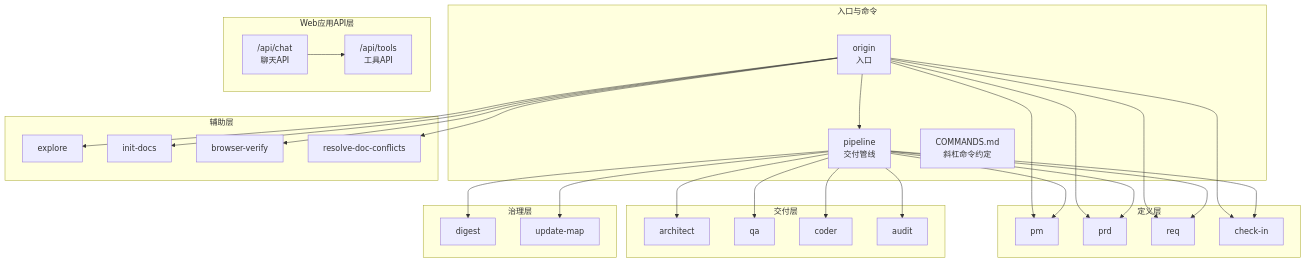
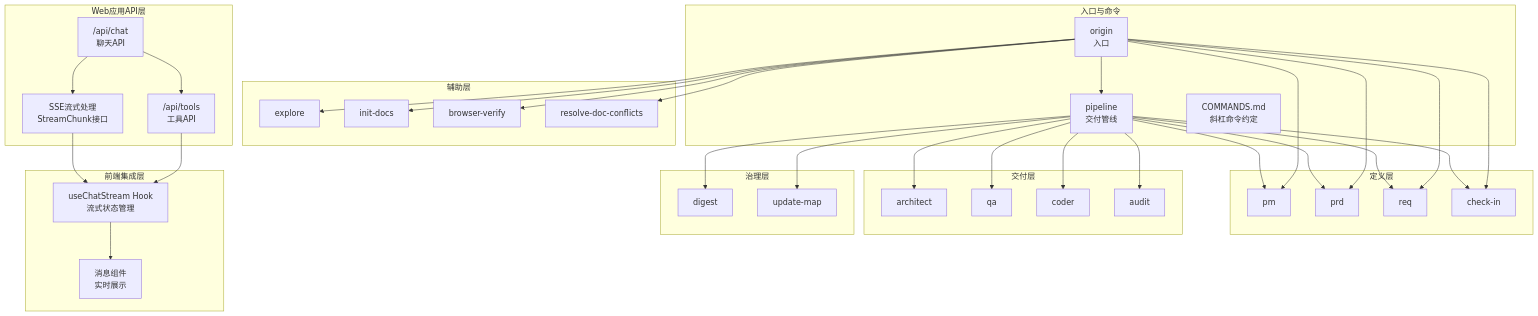
The first of 3 diagrams in .qoder/repowiki/zh/content/API参考文档.md (CryptoLinxu/Web3-AI-Agent), drawn with Mermaid before and after one commit. The commit also changed other lines of this file and 5 other files, not shown here.

````diff
--- a/.qoder/repowiki/zh/content/API参考文档.md
+++ b/.qoder/repowiki/zh/content/API参考文档.md
@@ -60,54 +66,63 @@
 ```mermaid
 graph TB
 subgraph "入口与命令"
 ORG["origin<br/>入口"]
 PIPE["pipeline<br/>交付管线"]
 CMDS["COMMANDS.md<br/>斜杠命令约定"]
 end
 subgraph "定义层"
 PM["pm"]
 PRD["prd"]
 REQ["req"]
 CI["check-in"]
 end
 subgraph "交付层"
 ARCH["architect"]
 QA["qa"]
 CODER["coder"]
 AUDIT["audit"]
 end
 subgraph "治理层"
 DIGEST["digest"]
 UMAP["update-map"]
 end
 subgraph "辅助层"
 EXP["explore"]
 INIT["init-docs"]
 BVER["browser-verify"]
 RES["resolve-doc-conflicts"]
 end
 subgraph "Web应用API层"
 CHAT["/api/chat<br/>聊天API"]
 TOOLS["/api/tools<br/>工具API"]
+STREAM["SSE流式处理<br/>StreamChunk接口"]
+end
+subgraph "前端集成层"
+HOOK["useChatStream Hook<br/>流式状态管理"]
+COMP["消息组件<br/>实时展示"]
 end
 ORG --> PIPE
 ORG --> PM
 ORG --> PRD
 ORG --> REQ
 ORG --> CI
 ORG --> EXP
 ORG --> INIT
 ORG --> BVER
 ORG --> RES
 PIPE --> PM
 PIPE --> PRD
 PIPE --> REQ
 PIPE --> CI
 PIPE --> ARCH
 PIPE --> QA
 PIPE --> CODER
 PIPE --> AUDIT
 PIPE --> DIGEST
 PIPE --> UMAP
 CHAT --> TOOLS
+CHAT --> STREAM
+TOOLS --> HOOK
+STREAM --> HOOK
+HOOK --> COMP
 ```
````
